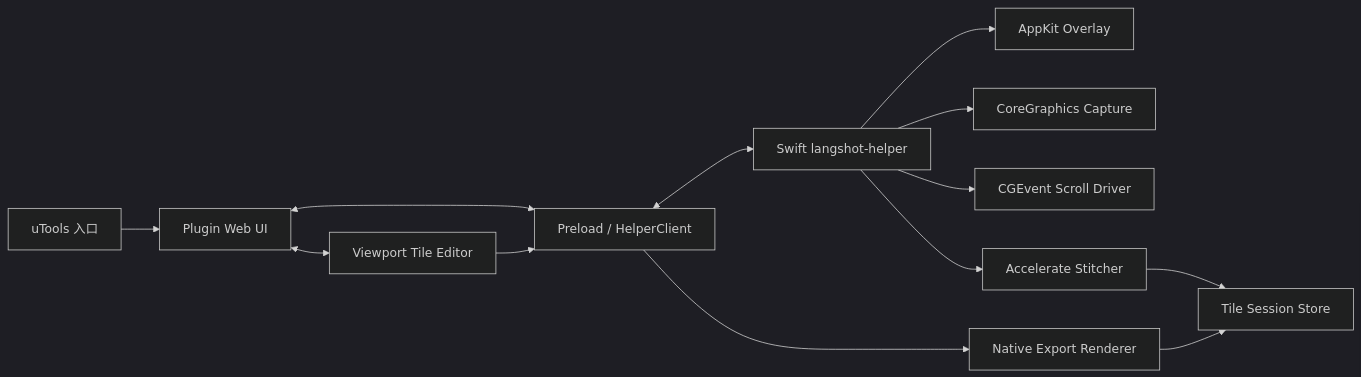
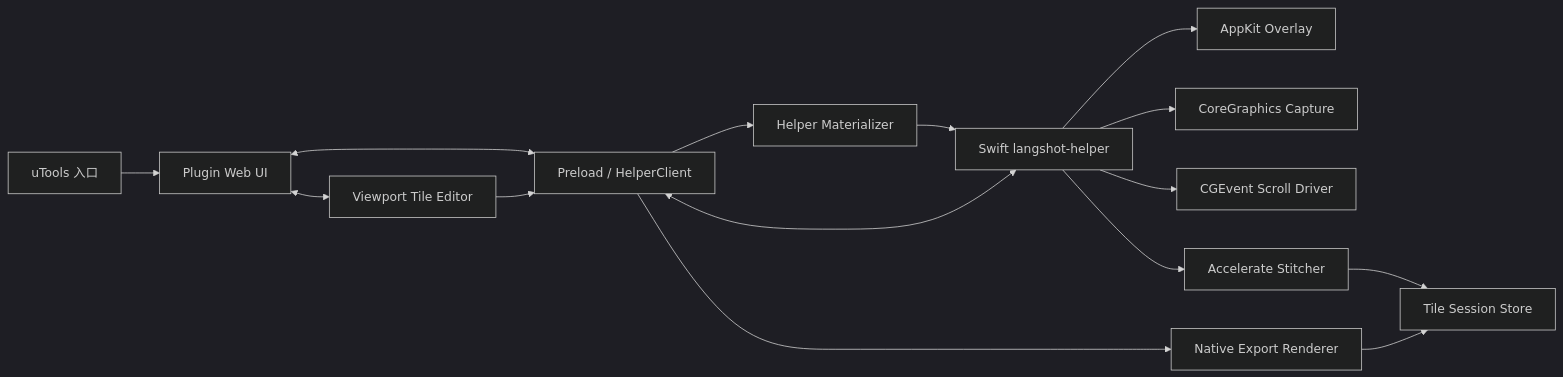
One commit to lidiliang/langshot changed the diagram in docs/architecture.md. Above: the diagram before and after it, drawn with Mermaid (dark theme). The commit also changed other lines of this file and 7 other files, not shown here.

````diff
--- a/docs/architecture.md
+++ b/docs/architecture.md
@@ -29,15 +29,17 @@
 ```mermaid
 flowchart LR
   U["uTools 入口"] --> W["Plugin Web UI"]
   W <--> P["Preload / HelperClient"]
-  P <--> H["Swift langshot-helper"]
+  P --> M["Helper Materializer"]
+  M --> H["Swift langshot-helper"]
+  P <--> H
   H --> O["AppKit Overlay"]
   H --> C["CoreGraphics Capture"]
   H --> R["CGEvent Scroll Driver"]
   H --> S["Accelerate Stitcher"]
   S --> T["Tile Session Store"]
   W <--> E["Viewport Tile Editor"]
   E --> P
   P --> X["Native Export Renderer"]
   X --> T
 ```
````
